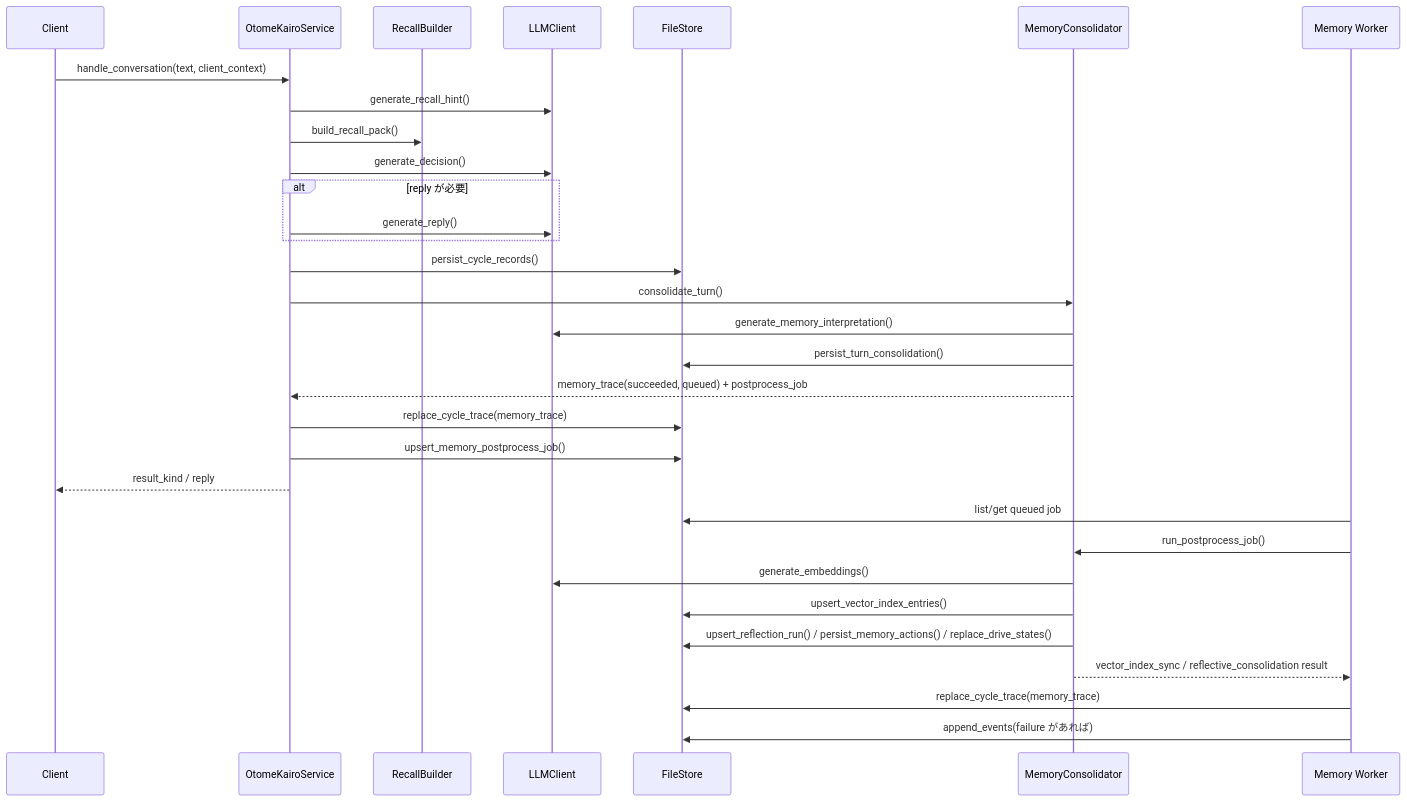
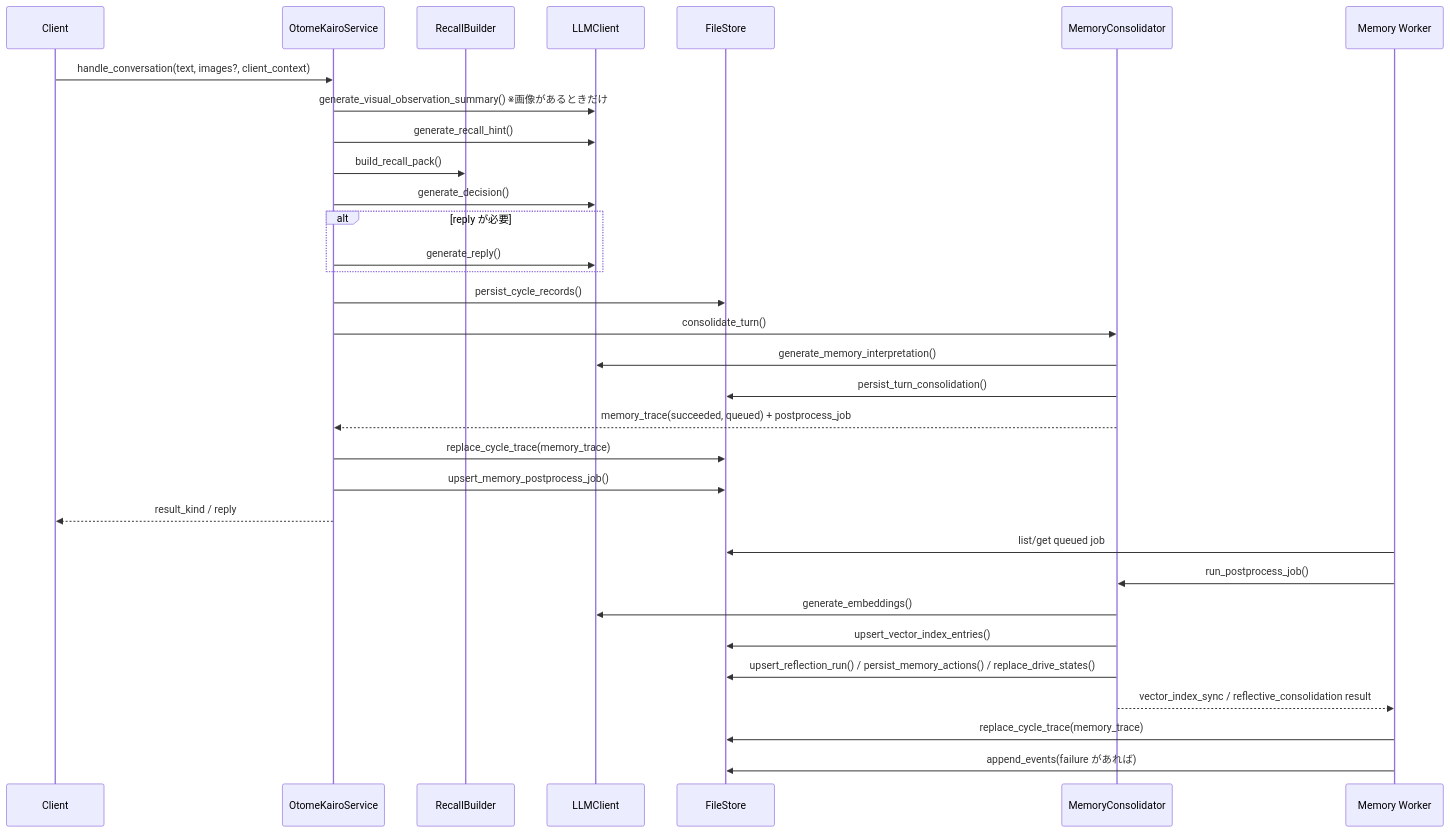
One commit to hirona98/OtomeKairo changed the fourth of 4 diagrams in docs/plan/02_現行処理フロー.md. Above: the diagram before and after it, drawn with Mermaid. The commit also changed other lines of this file and 7 other files, not shown here.

Commit message:
Accept images in conversation API

````diff
--- a/docs/plan/02_現行処理フロー.md
+++ b/docs/plan/02_現行処理フロー.md
@@ -167,35 +167,36 @@
 ```mermaid
 sequenceDiagram
     participant Client as Client
     participant Service as OtomeKairoService
     participant Recall as RecallBuilder
     participant LLM as LLMClient
     participant Store as FileStore
     participant Memory as MemoryConsolidator
     participant Worker as Memory Worker
 
-    Client->>Service: handle_conversation(text, client_context)
+    Client->>Service: handle_conversation(text, images?, client_context)
+    Service->>LLM: generate_visual_observation_summary() ※画像があるときだけ
     Service->>LLM: generate_recall_hint()
     Service->>Recall: build_recall_pack()
     Service->>LLM: generate_decision()
     alt reply が必要
         Service->>LLM: generate_reply()
     end
     Service->>Store: persist_cycle_records()
     Service->>Memory: consolidate_turn()
     Memory->>LLM: generate_memory_interpretation()
     Memory->>Store: persist_turn_consolidation()
     Memory-->>Service: memory_trace(succeeded, queued) + postprocess_job
     Service->>Store: replace_cycle_trace(memory_trace)
     Service->>Store: upsert_memory_postprocess_job()
     Service-->>Client: result_kind / reply
 
     Worker->>Store: list/get queued job
     Worker->>Memory: run_postprocess_job()
     Memory->>LLM: generate_embeddings()
     Memory->>Store: upsert_vector_index_entries()
     Memory->>Store: upsert_reflection_run() / persist_memory_actions() / replace_drive_states()
     Memory-->>Worker: vector_index_sync / reflective_consolidation result
     Worker->>Store: replace_cycle_trace(memory_trace)
     Worker->>Store: append_events(failure があれば)
 ```
````
